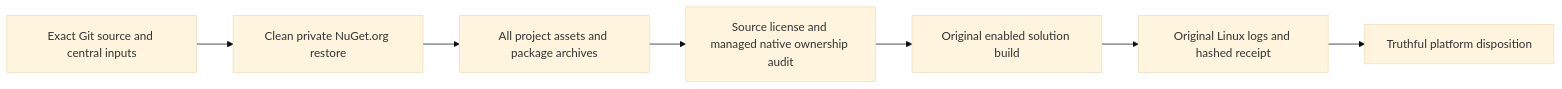
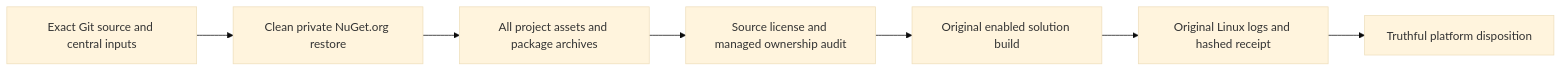
Before and after one commit to managedcode/KeyLoad: the diagram in docs/Features/TestInfrastructure/PlatformIdentity.md, drawn with Mermaid (base theme). The commit also changed other lines of this file and 9016 other files, not shown here.

````diff
--- a/docs/Features/TestInfrastructure/PlatformIdentity.md
+++ b/docs/Features/TestInfrastructure/PlatformIdentity.md
@@ -23,9 +23,9 @@
 ```mermaid
 flowchart LR
     Source[Exact Git source and central inputs] --> Restore[Clean private NuGet.org restore]
     Restore --> Graph[All project assets and package archives]
-    Graph --> Audit[Source license and managed native ownership audit]
+    Graph --> Audit[Source license and managed ownership audit]
     Audit --> Build[Original enabled solution build]
     Build --> Evidence[Original Linux logs and hashed receipt]
     Evidence --> Matrix[Truthful platform disposition]
 ```
````
